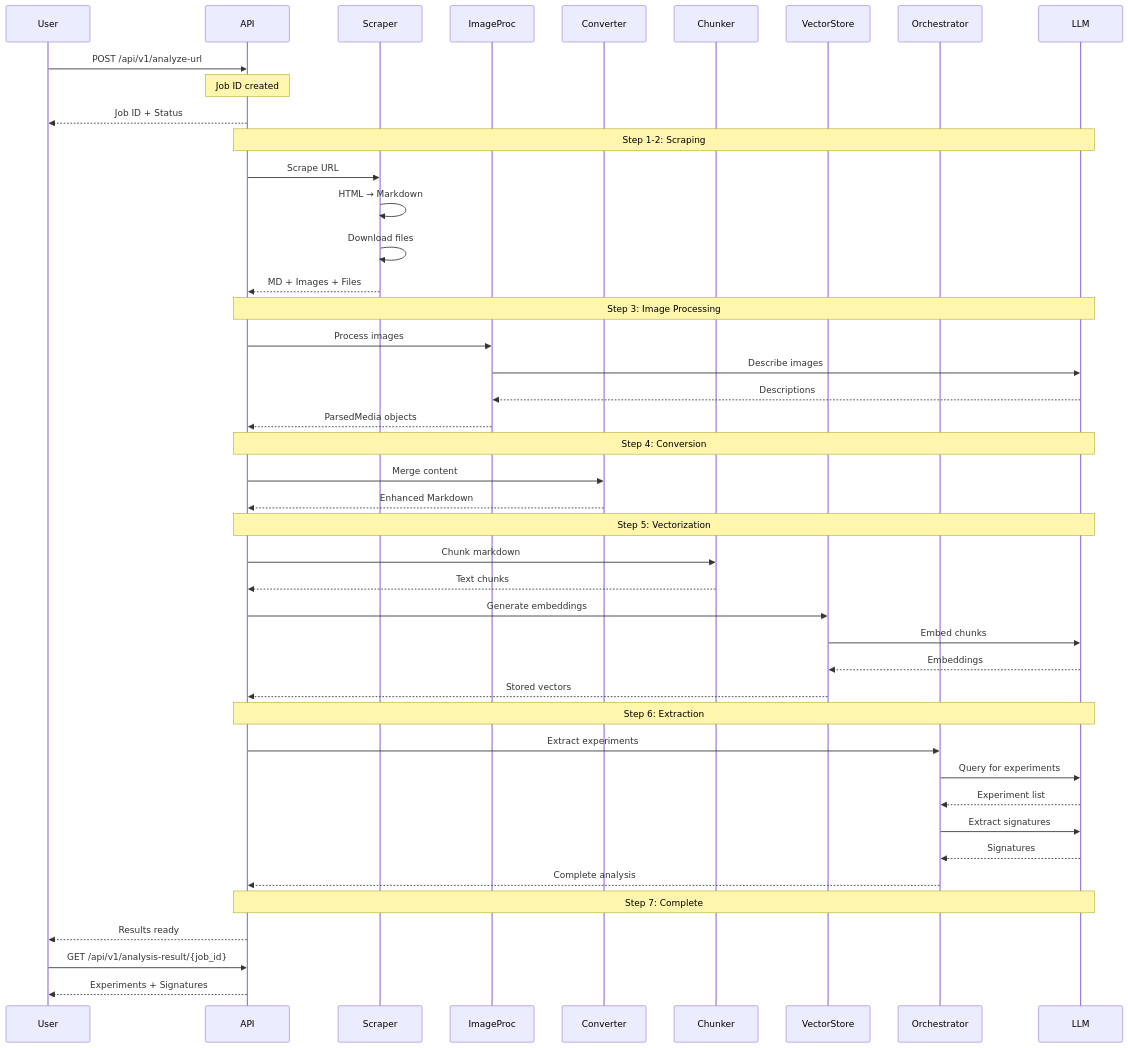
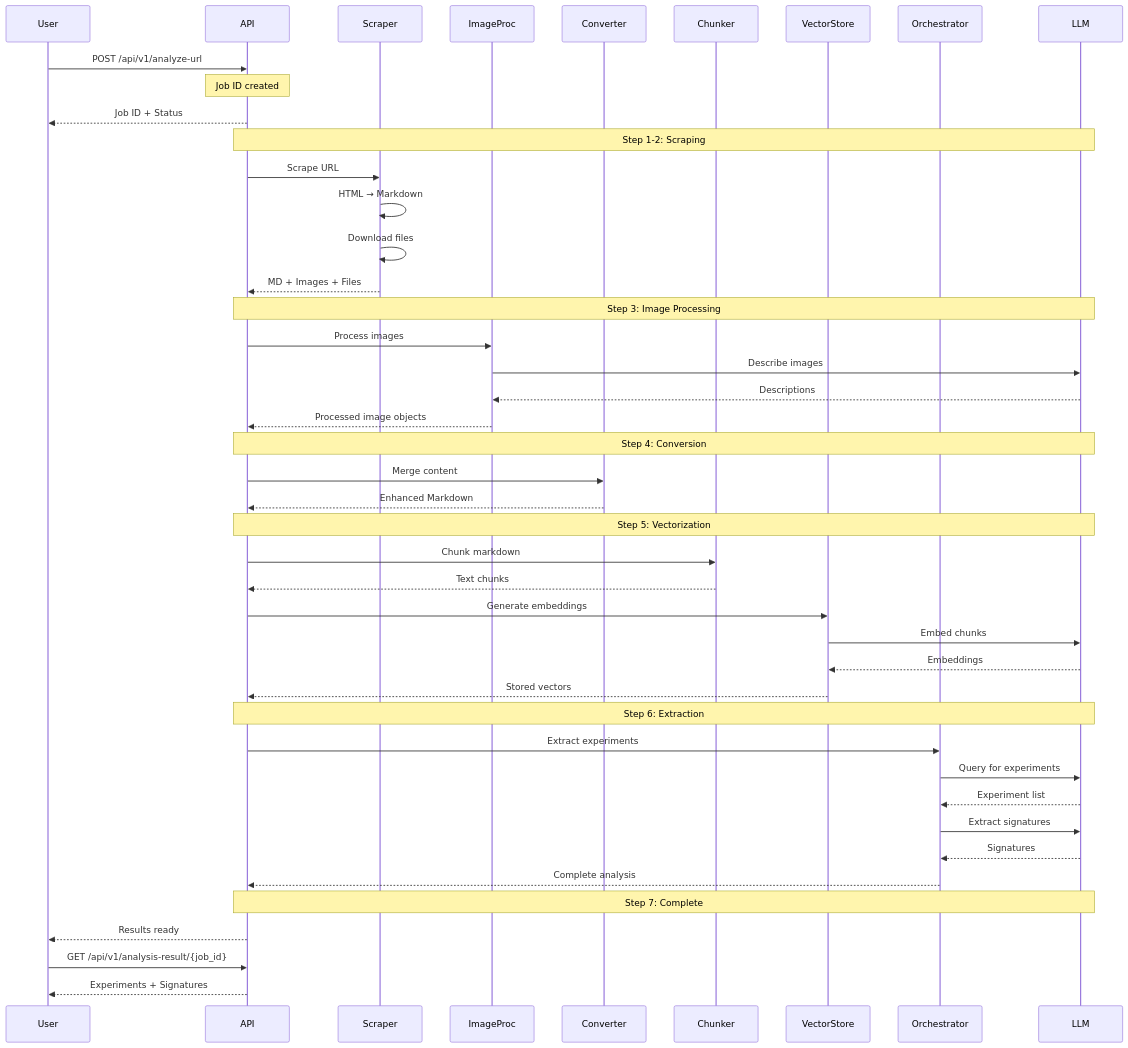
One commit to waldronlab/bioanalyzer-backend changed the third of 6 diagrams in ARCHITECTURE.md. Above: the diagram before and after it, drawn with Mermaid. The commit also changed other lines of this file and 3 other files, not shown here.

````diff
--- a/ARCHITECTURE.md
+++ b/ARCHITECTURE.md
@@ -177,53 +177,53 @@
 ```mermaid
 sequenceDiagram
     participant User
     participant API
     participant Scraper
     participant ImageProc
     participant Converter
     participant Chunker
     participant VectorStore
     participant Orchestrator
     participant LLM
     
     User->>API: POST /api/v1/analyze-url
     Note over API: Job ID created
     API-->>User: Job ID + Status
     
     Note over API,LLM: Step 1-2: Scraping
     API->>Scraper: Scrape URL
     Scraper->>Scraper: HTML → Markdown
     Scraper->>Scraper: Download files
     Scraper-->>API: MD + Images + Files
     
     Note over API,LLM: Step 3: Image Processing
     API->>ImageProc: Process images
     ImageProc->>LLM: Describe images
     LLM-->>ImageProc: Descriptions
-    ImageProc-->>API: ParsedMedia objects
+    ImageProc-->>API: Processed image objects
     
     Note over API,LLM: Step 4: Conversion
     API->>Converter: Merge content
     Converter-->>API: Enhanced Markdown
     
     Note over API,LLM: Step 5: Vectorization
     API->>Chunker: Chunk markdown
     Chunker-->>API: Text chunks
     API->>VectorStore: Generate embeddings
     VectorStore->>LLM: Embed chunks
     LLM-->>VectorStore: Embeddings
     VectorStore-->>API: Stored vectors
     
     Note over API,LLM: Step 6: Extraction
     API->>Orchestrator: Extract experiments
     Orchestrator->>LLM: Query for experiments
     LLM-->>Orchestrator: Experiment list
     Orchestrator->>LLM: Extract signatures
     LLM-->>Orchestrator: Signatures
     Orchestrator-->>API: Complete analysis
     
     Note over API,LLM: Step 7: Complete
     API-->>User: Results ready
     User->>API: GET /api/v1/analysis-result/{job_id}
     API-->>User: Experiments + Signatures
 ```
````
